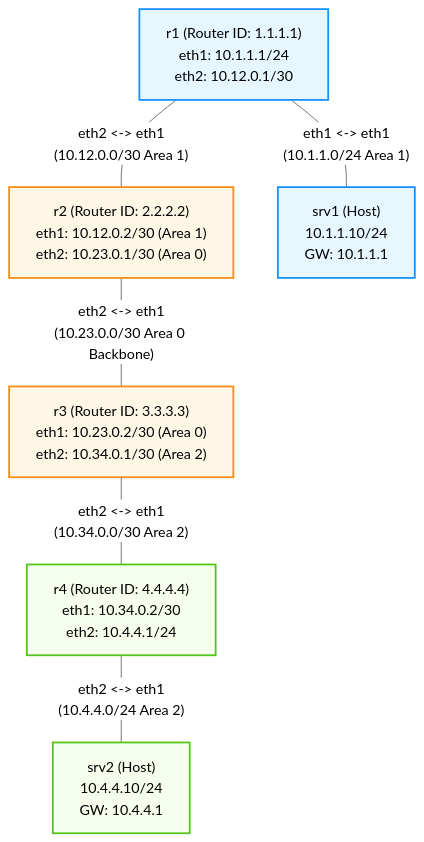
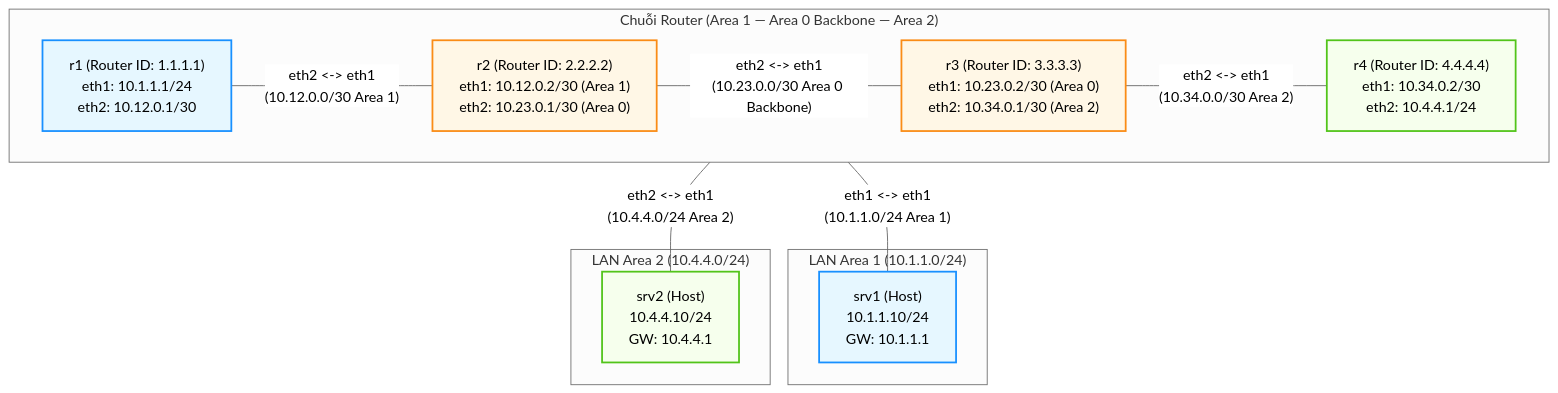
One commit to thangphan205/containerlab-demo changed the diagram in bai-tap-ve-nha/18-troubleshooting-chaos-lab/lab-guide.md. Above: the diagram before and after it, drawn with Mermaid (neutral theme).

Commit message:
docs: update troubleshooting chaos lab guide instructions

````diff
--- a/bai-tap-ve-nha/18-troubleshooting-chaos-lab/lab-guide.md
+++ b/bai-tap-ve-nha/18-troubleshooting-chaos-lab/lab-guide.md
@@ -24,21 +24,29 @@
 ```mermaid
 graph TB
     classDef area1 fill:#e6f7ff,stroke:#1890ff,stroke-width:2px;
     classDef area0 fill:#fff7e6,stroke:#fa8c16,stroke-width:2px;
     classDef area2 fill:#f6ffed,stroke:#52c41a,stroke-width:2px;
 
-    r1["r1 (Router ID: 1.1.1.1)<br>eth1: 10.1.1.1/24<br>eth2: 10.12.0.1/30"]:::area1
-    r2["r2 (Router ID: 2.2.2.2)<br>eth1: 10.12.0.2/30 (Area 1)<br>eth2: 10.23.0.1/30 (Area 0)"]:::area0
-    r3["r3 (Router ID: 3.3.3.3)<br>eth1: 10.23.0.2/30 (Area 0)<br>eth2: 10.34.0.1/30 (Area 2)"]:::area0
-    r4["r4 (Router ID: 4.4.4.4)<br>eth1: 10.34.0.2/30<br>eth2: 10.4.4.1/24"]:::area2
+    subgraph core ["Chuỗi Router (Area 1 — Area 0 Backbone — Area 2)"]
+        direction LR
+        r1["r1 (Router ID: 1.1.1.1)<br>eth1: 10.1.1.1/24<br>eth2: 10.12.0.1/30"]:::area1
+        r2["r2 (Router ID: 2.2.2.2)<br>eth1: 10.12.0.2/30 (Area 1)<br>eth2: 10.23.0.1/30 (Area 0)"]:::area0
+        r3["r3 (Router ID: 3.3.3.3)<br>eth1: 10.23.0.2/30 (Area 0)<br>eth2: 10.34.0.1/30 (Area 2)"]:::area0
+        r4["r4 (Router ID: 4.4.4.4)<br>eth1: 10.34.0.2/30<br>eth2: 10.4.4.1/24"]:::area2
 
-    srv1["srv1 (Host)<br>10.1.1.10/24<br>GW: 10.1.1.1"]:::area1
-    srv2["srv2 (Host)<br>10.4.4.10/24<br>GW: 10.4.4.1"]:::area2
+        r1 -- "eth2 <-> eth1<br>(10.12.0.0/30 Area 1)" --- r2
+        r2 -- "eth2 <-> eth1<br>(10.23.0.0/30 Area 0 Backbone)" --- r3
+        r3 -- "eth2 <-> eth1<br>(10.34.0.0/30 Area 2)" --- r4
+    end
 
-    r1 -- "eth2 <-> eth1<br>(10.12.0.0/30 Area 1)" --- r2
-    r2 -- "eth2 <-> eth1<br>(10.23.0.0/30 Area 0 Backbone)" --- r3
-    r3 -- "eth2 <-> eth1<br>(10.34.0.0/30 Area 2)" --- r4
+    subgraph lan1 ["LAN Area 1 (10.1.1.0/24)"]
+        srv1["srv1 (Host)<br>10.1.1.10/24<br>GW: 10.1.1.1"]:::area1
+    end
+
+    subgraph lan2 ["LAN Area 2 (10.4.4.0/24)"]
+        srv2["srv2 (Host)<br>10.4.4.10/24<br>GW: 10.4.4.1"]:::area2
+    end
 
     r1 -- "eth1 <-> eth1<br>(10.1.1.0/24 Area 1)" --- srv1
     r4 -- "eth2 <-> eth1<br>(10.4.4.0/24 Area 2)" --- srv2
 ```
````
